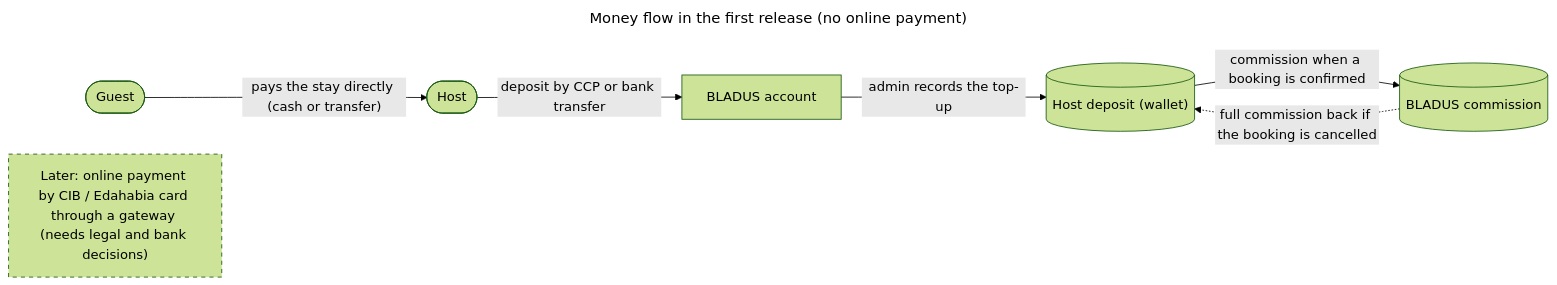
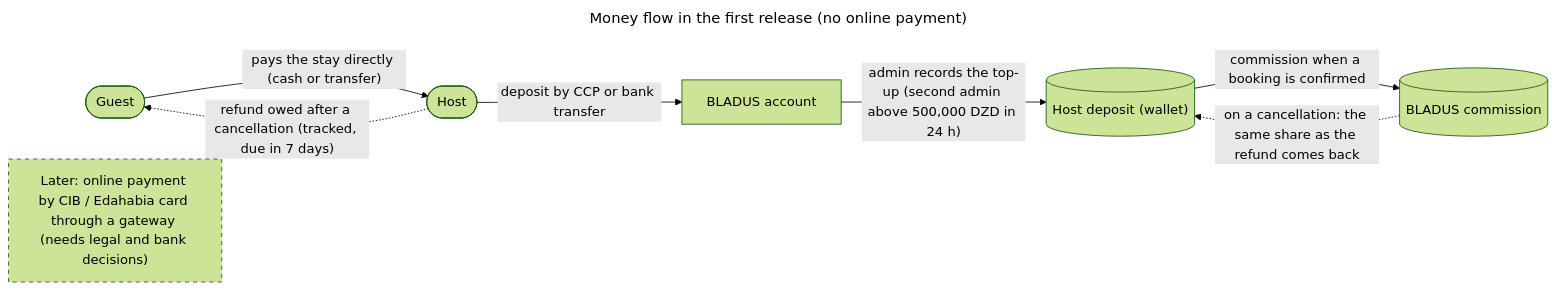
Before and after one commit to med-amine-ok/darna: the diagram in docs/backend/diagrams/30-money-flow.mmd, drawn with Mermaid (forest theme). The commit also changed 506 other files, not shown here.

```diff
--- a/docs/backend/diagrams/30-money-flow.mmd
+++ b/docs/backend/diagrams/30-money-flow.mmd
@@ -1,11 +1,12 @@
 ---
 title: Money flow in the first release (no online payment)
 ---
 flowchart LR
     g1(["Guest"]) -- "pays the stay directly (cash or transfer)" --> h1(["Host"])
     h1 -- "deposit by CCP or bank transfer" --> b1["BLADUS account"]
-    b1 -- "admin records the top-up" --> w1[("Host deposit (wallet)")]
+    b1 -- "admin records the top-up (second admin above 500,000 DZD in 24 h)" --> w1[("Host deposit (wallet)")]
     w1 -- "commission when a booking is confirmed" --> r1[("BLADUS commission")]
-    r1 -. "full commission back if the booking is cancelled" .-> w1
+    r1 -. "on a cancellation: the same share as the refund comes back" .-> w1
+    h1 -. "refund owed after a cancellation (tracked, due in 7 days)" .-> g1
     later["Later: online payment by CIB / Edahabia card through a gateway (needs legal and bank decisions)"]
     style later stroke-dasharray: 5 5
```
